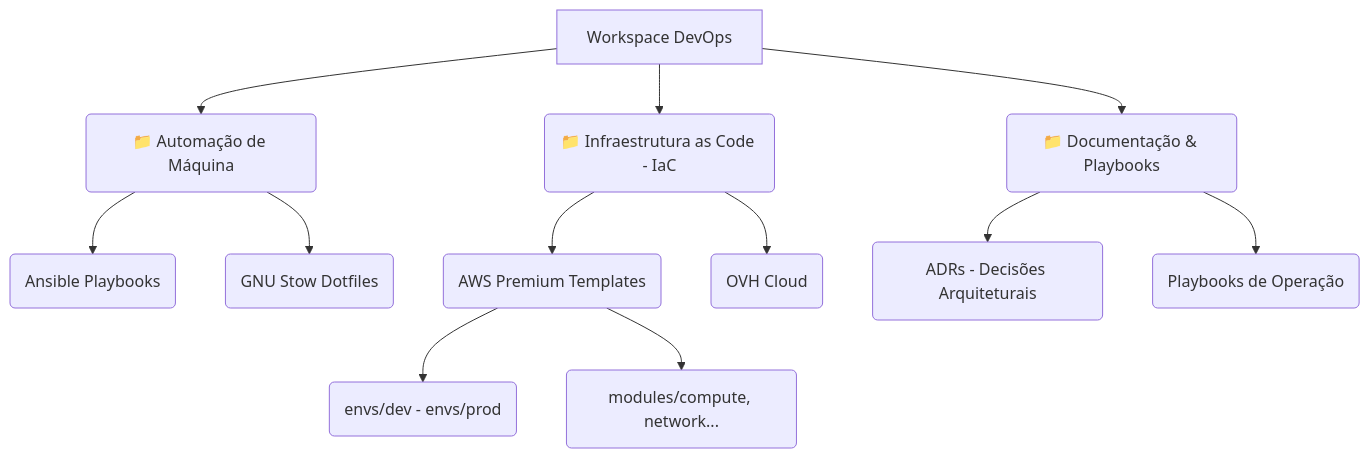
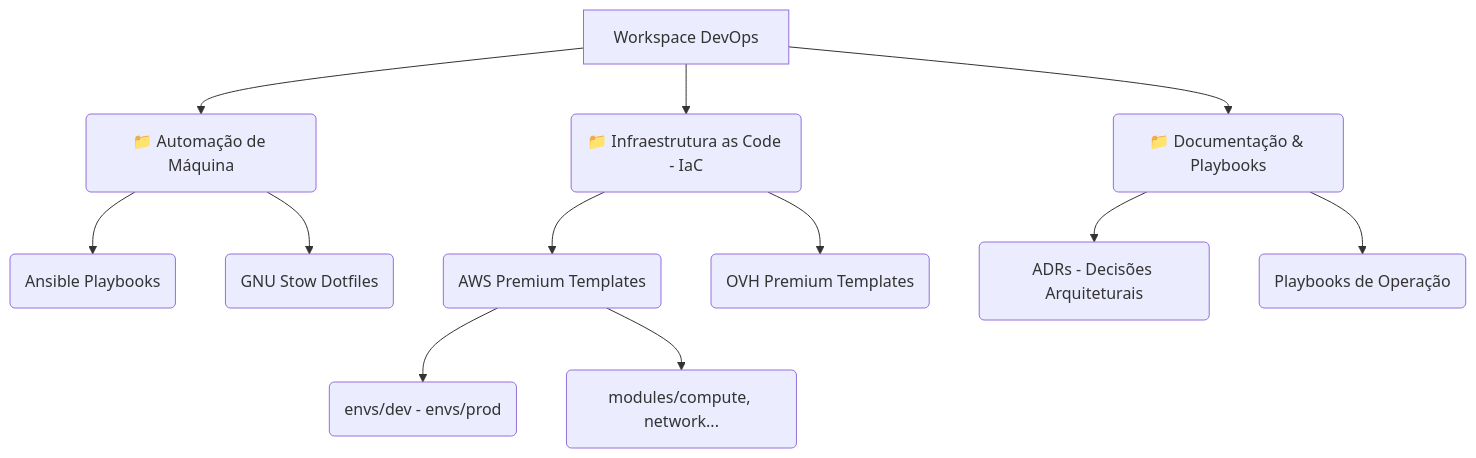
Before and after one commit to diegosantos-ai/dev-workspace: the diagram in README.md, drawn with Mermaid. The commit also changed 11 other files, not shown here.

````diff
--- a/README.md
+++ b/README.md
@@ -10,17 +10,17 @@
 ```mermaid
 graph TD;
     A[Workspace DevOps] --> B(📁 Automação de Máquina);
     A --> C(📁 Infraestrutura as Code - IaC);
     A --> D(📁 Documentação & Playbooks);
 
     B --> B1(Ansible Playbooks)
     B --> B2(GNU Stow Dotfiles)
 
     C --> C1(AWS Premium Templates)
-    C --> C2(OVH Cloud)
+    C --> C2(OVH Premium Templates)
     C1 --> C1a(envs/dev - envs/prod)
     C1 --> C1b(modules/compute, network...)
 
     D --> D1(ADRs - Decisões Arquiteturais)
     D --> D2(Playbooks de Operação)
 ```
````
